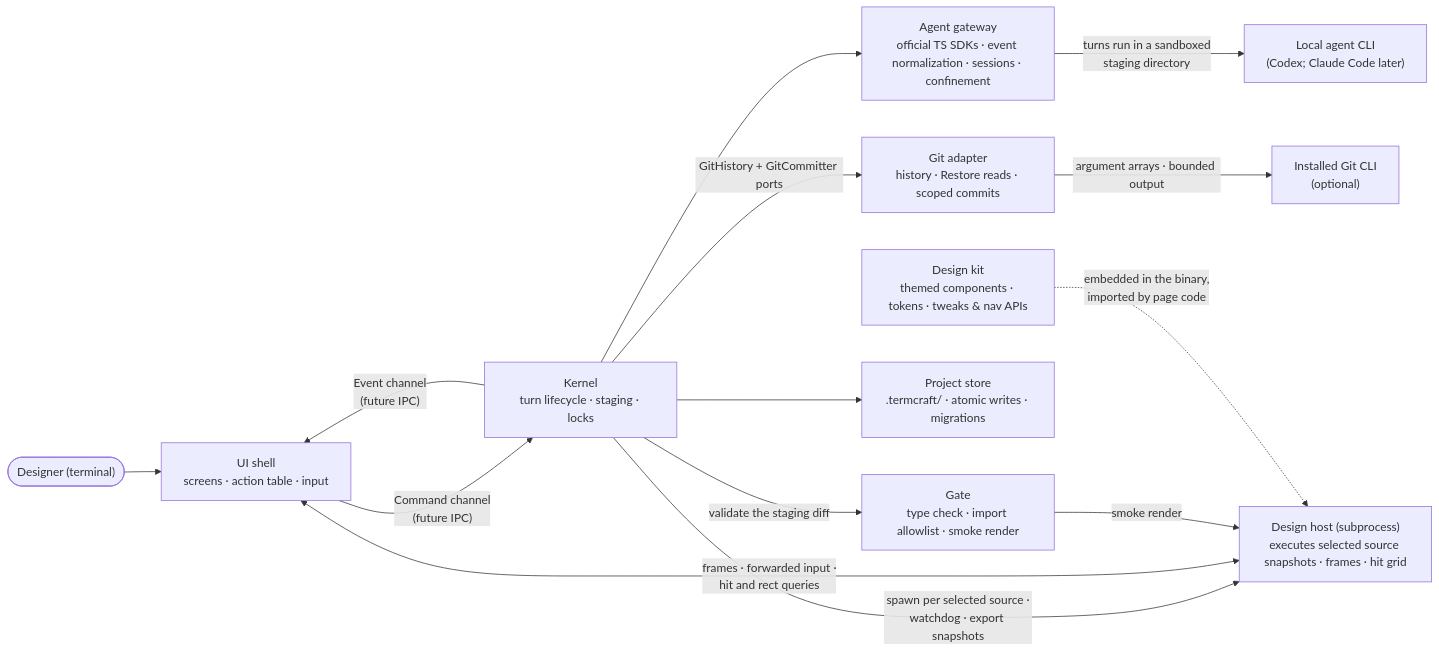
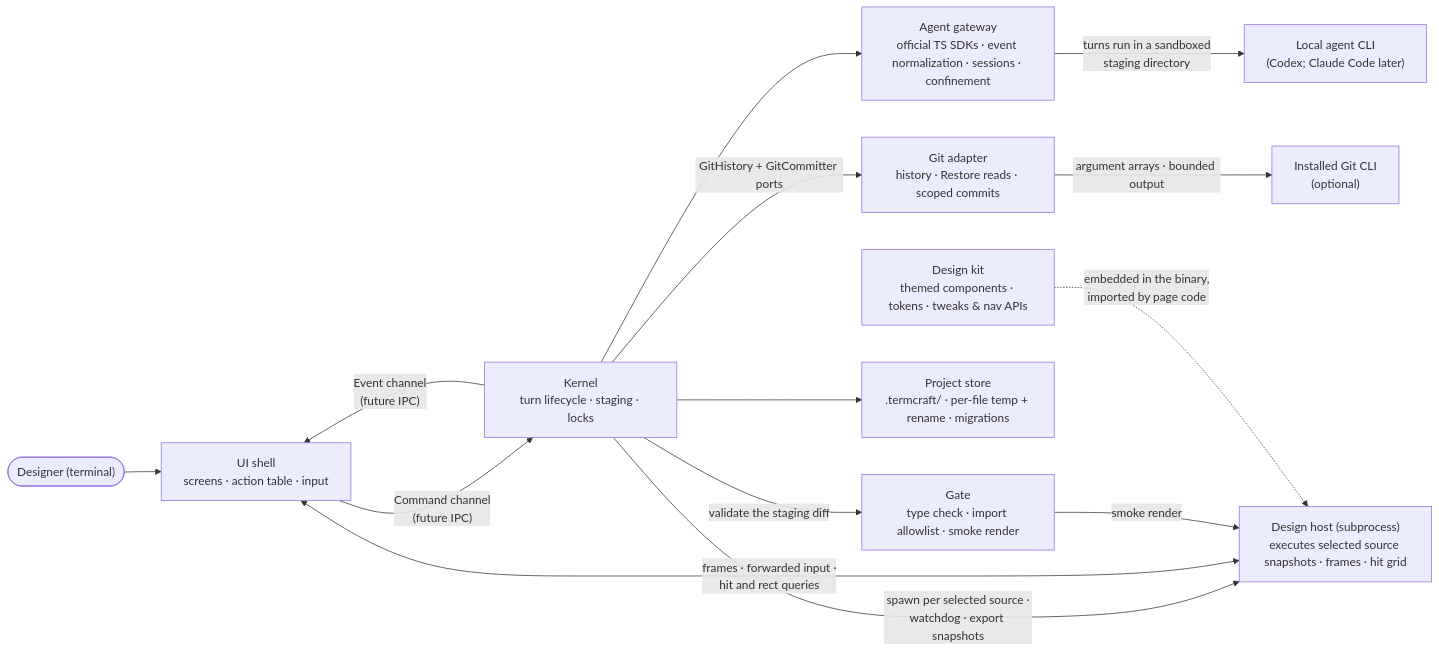
The diagram in docs/architecture/modules.md (khmilevoi/termcraft), drawn with Mermaid before and after one commit. The commit also changed other lines of this file and 8 other files, not shown here.

Commit message:
docs(architecture): resolve final review findings

````diff
--- a/docs/architecture/modules.md
+++ b/docs/architecture/modules.md
@@ -3,28 +3,28 @@
 ```mermaid
 flowchart LR
     designer(["Designer (terminal)"]) --> uishell
     cli["Local agent CLI<br/>(Codex; Claude Code later)"]
     gitcli["Installed Git CLI<br/>(optional)"]
 
     uishell["UI shell<br/>screens · action table · input"]
     kernel["Kernel<br/>turn lifecycle · staging · locks"]
     gateway["Agent gateway<br/>official TS SDKs · event normalization · sessions · confinement"]
     gate["Gate<br/>type check · import allowlist · smoke render"]
     kit["Design kit<br/>themed components · tokens · tweaks & nav APIs"]
     host["Design host (subprocess)<br/>executes selected source snapshots · frames · hit grid"]
-    pstore["Project store<br/>.termcraft/ · atomic writes · migrations"]
+    pstore["Project store<br/>.termcraft/ · per-file temp + rename · migrations"]
     gitadapter["Git adapter<br/>history · Restore reads · scoped commits"]
 
     uishell -- "Command channel<br/>(future IPC)" --> kernel
     kernel -- "Event channel<br/>(future IPC)" --> uishell
     kernel --> gateway
     gateway -- "turns run in a sandboxed<br/>staging directory" --> cli
     kernel -- "validate the staging diff" --> gate
     kernel --> pstore
     kernel -- "GitHistory + GitCommitter ports" --> gitadapter
     gitadapter -- "argument arrays · bounded output" --> gitcli
     kernel -- "spawn per selected source ·<br/>watchdog · export snapshots" --> host
     uishell <-- "frames · forwarded input ·<br/>hit and rect queries" --> host
     gate -- "smoke render" --> host
     kit -. "embedded in the binary,<br/>imported by page code" .-> host
 ```
````
